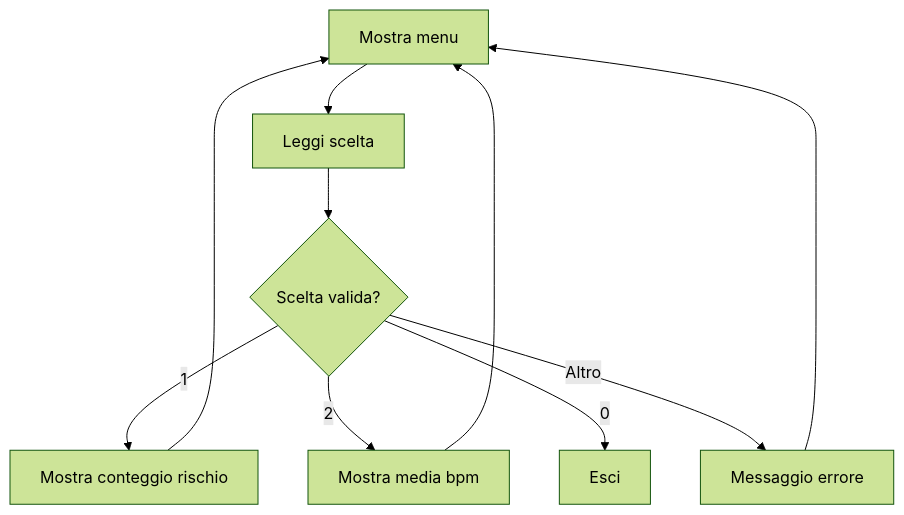
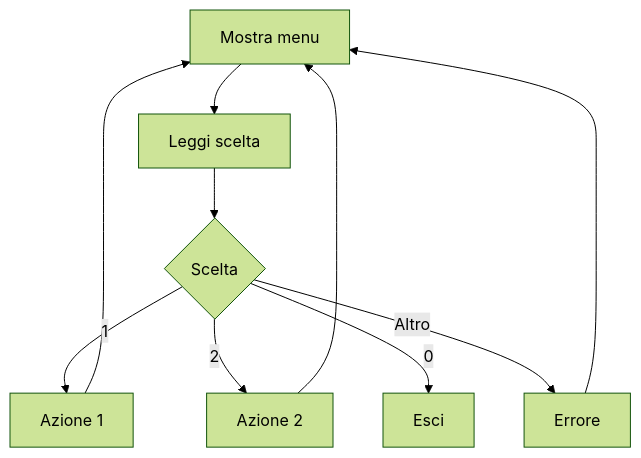
The ninth of 10 diagrams in 04-python-jupyter-analisi-biomedica/README.md (lucadagati/Lab_Fondamenti_di_Informatica_25_26), drawn with Mermaid (forest theme) before and after one commit. The commit also changed other lines of this file and 11 other files, not shown here.

````diff
--- a/04-python-jupyter-analisi-biomedica/README.md
+++ b/04-python-jupyter-analisi-biomedica/README.md
@@ -163,12 +148,12 @@
 ```mermaid
 flowchart TD
     A[Mostra menu] --> B[Leggi scelta]
-    B --> C{Scelta valida?}
-    C -- 1 --> D[Mostra conteggio rischio]
-    C -- 2 --> E[Mostra media bpm]
-    C -- 0 --> F[Esci]
-    C -- Altro --> G[Messaggio errore]
+    B --> C{Scelta}
+    C -->|1| D[Azione 1]
+    C -->|2| E[Azione 2]
+    C -->|0| F[Esci]
+    C -->|Altro| G[Errore]
     D --> A
     E --> A
     G --> A
 ```
````
